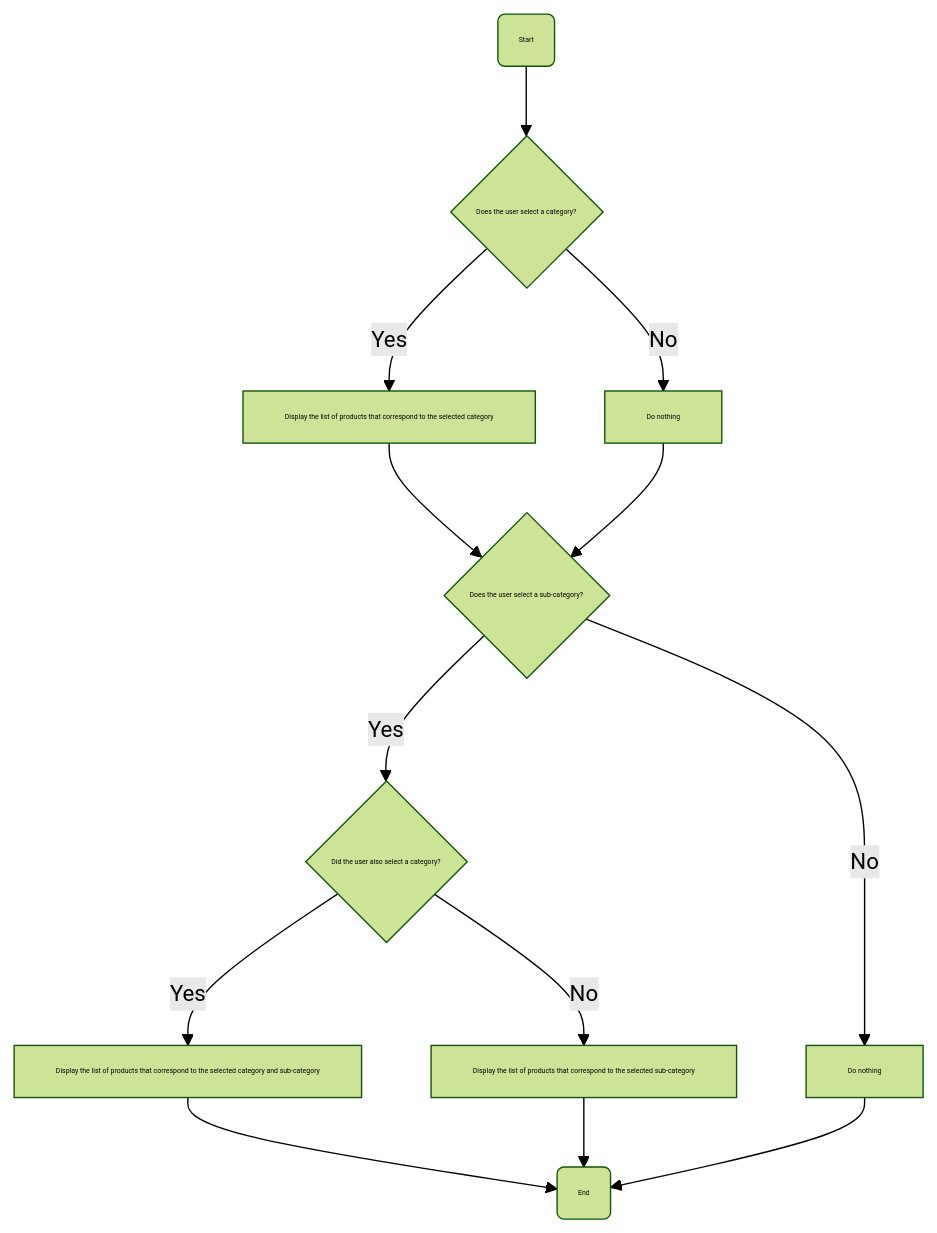
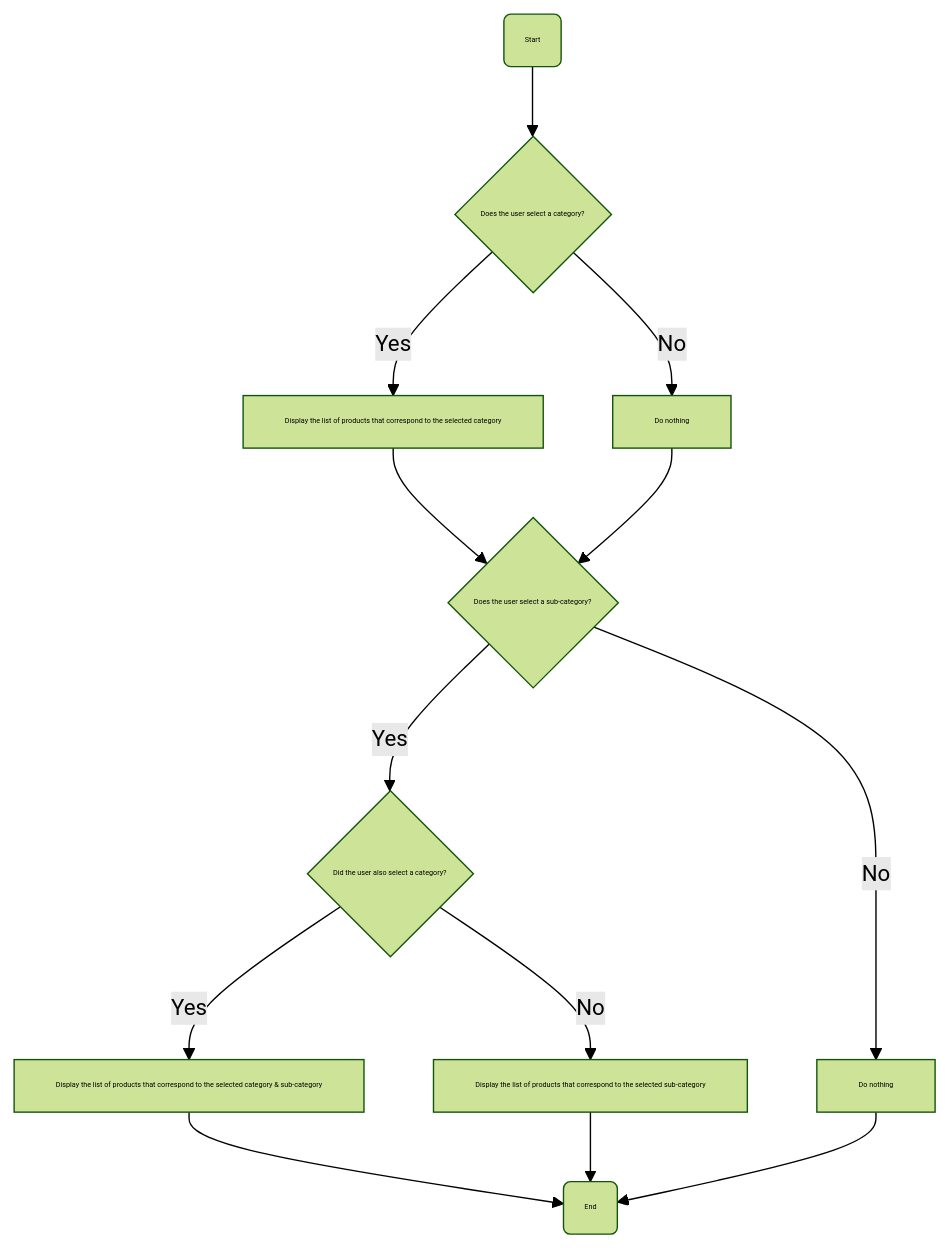
One commit to algosup/2024-2025-project-5-bubble-intermarche-team-2 changed the ninth of 11 diagrams in Documents/Technical/technical_specifications.md. Above: the diagram before and after it, drawn with Mermaid (forest theme). The commit also changed other lines of this file, not shown here.

````diff
--- a/Documents/Technical/technical_specifications.md
+++ b/Documents/Technical/technical_specifications.md
@@ -447,16 +440,16 @@
 ```mermaid
 graph TD
     A(Start) --> B{Does the user select a category?}
     B -->|Yes| C[Display the list of products that correspond to the selected category]
     B -->|No| D[Do nothing]
     C --> E{Does the user select a sub-category?}
     D --> E
     E -->|Yes| F{Did the user also select a category?}
-    F -->|Yes| G[Display the list of products that correspond to the selected category and sub-category]
+    F -->|Yes| G[Display the list of products that correspond to the selected category & sub-category]
     G --> J(End)
     F -->|No| H[Display the list of products that correspond to the selected sub-category]
     H --> J
     E -->|No| I[Do nothing]
     I --> J
-    classDef default font-size:5px;
+    classDef default font-size:5.2px;
 ```
````
